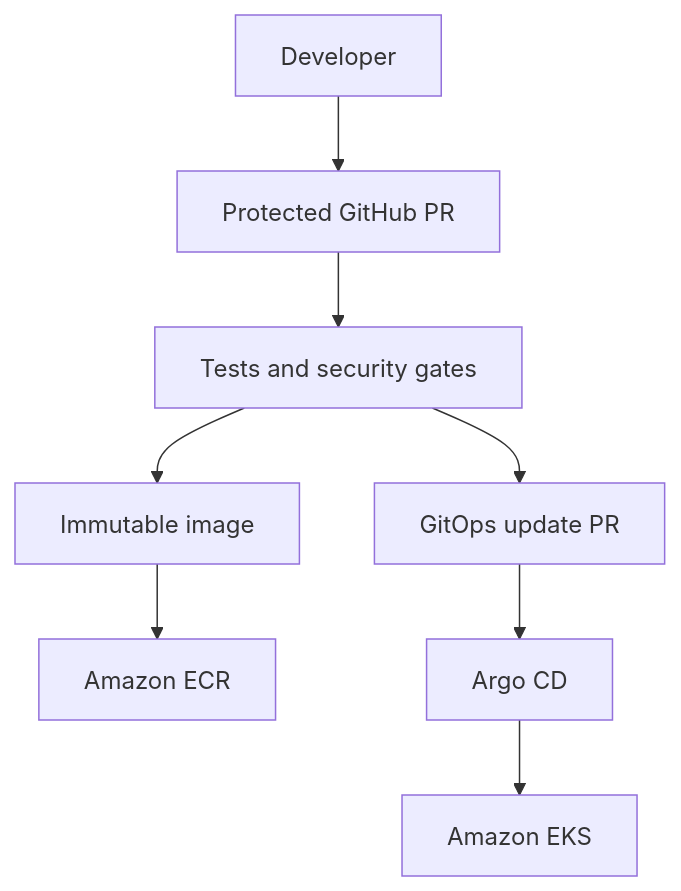
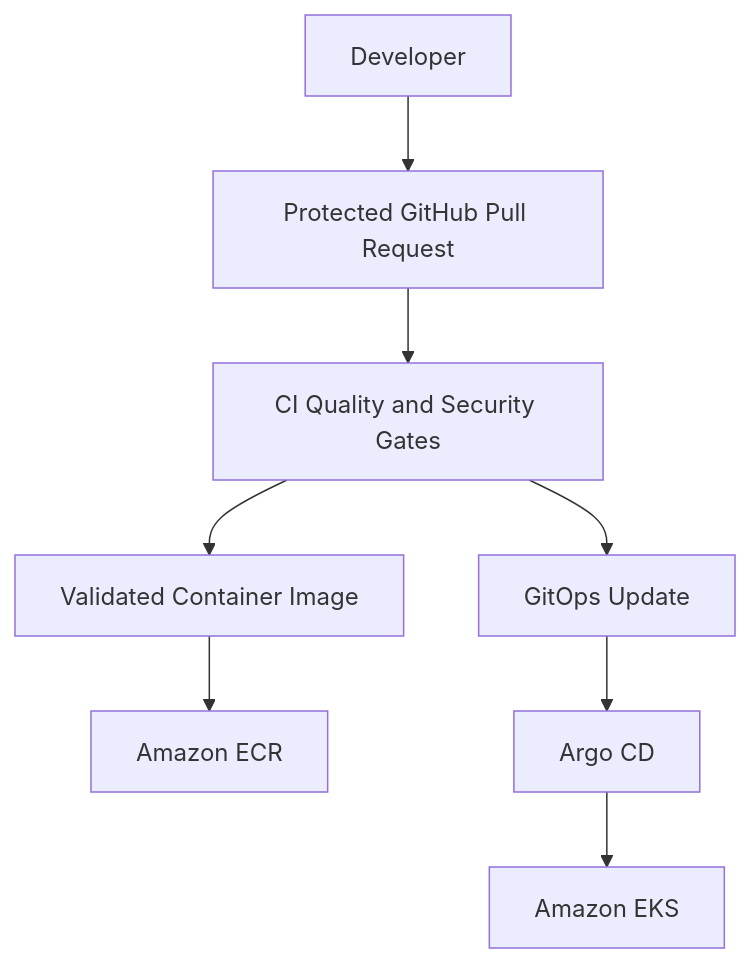
Before and after one commit to SamehYahia/ai-job-platform: the second of 2 diagrams in README.md, drawn with Mermaid. The commit also changed other lines of this file, not shown here.

Commit message:
docs: update project status and roadmap

````diff
--- a/README.md
+++ b/README.md
@@ -221,10 +472,13 @@
 ```mermaid
 flowchart TB
-    DEV["Developer"] --> PR["Protected GitHub PR"]
-    PR --> CI["Tests and security gates"]
-    CI --> IMAGE["Immutable image"]
+    DEV["Developer"] --> PR["Protected GitHub Pull Request"]
+    PR --> CI["CI Quality and Security Gates"]
+
+    CI --> IMAGE["Validated Container Image"]
+
     IMAGE --> ECR["Amazon ECR"]
-    CI --> GITOPS["GitOps update PR"]
+
+    CI --> GITOPS["GitOps Update"]
     GITOPS --> ARGO["Argo CD"]
     ARGO --> EKS["Amazon EKS"]
 ```
````
